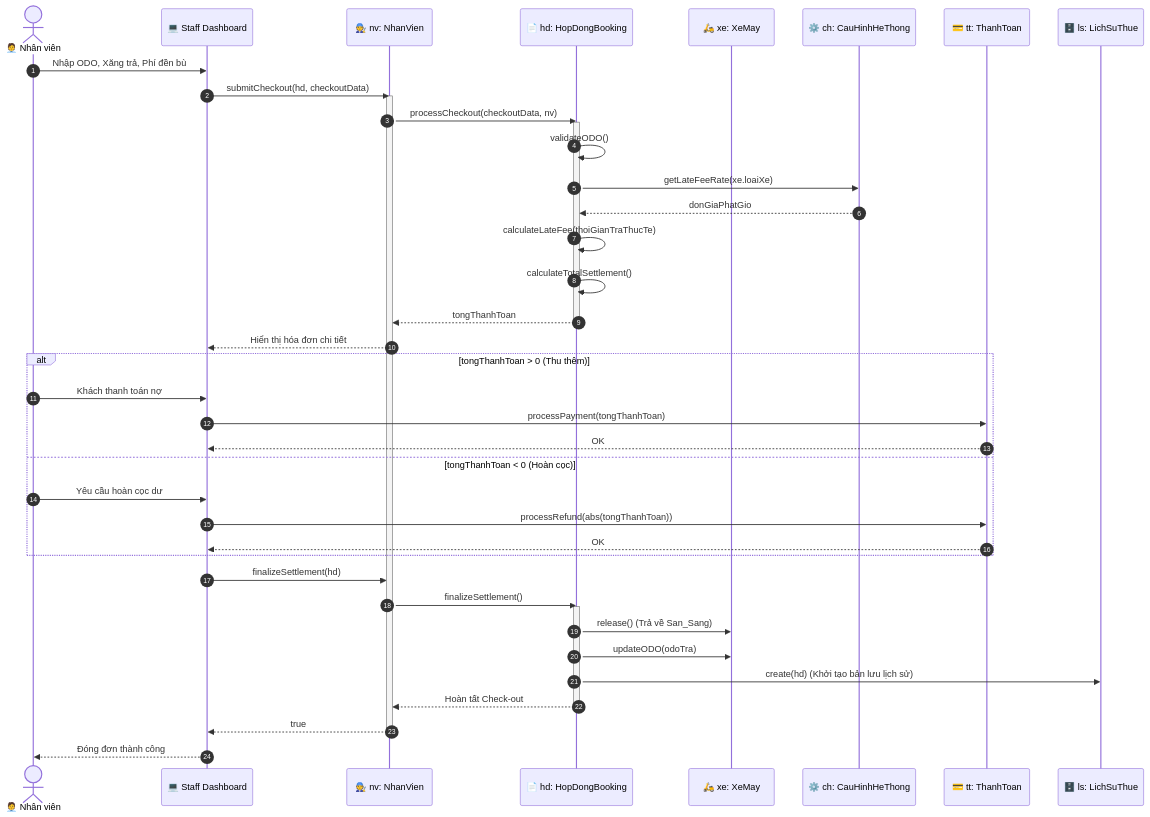
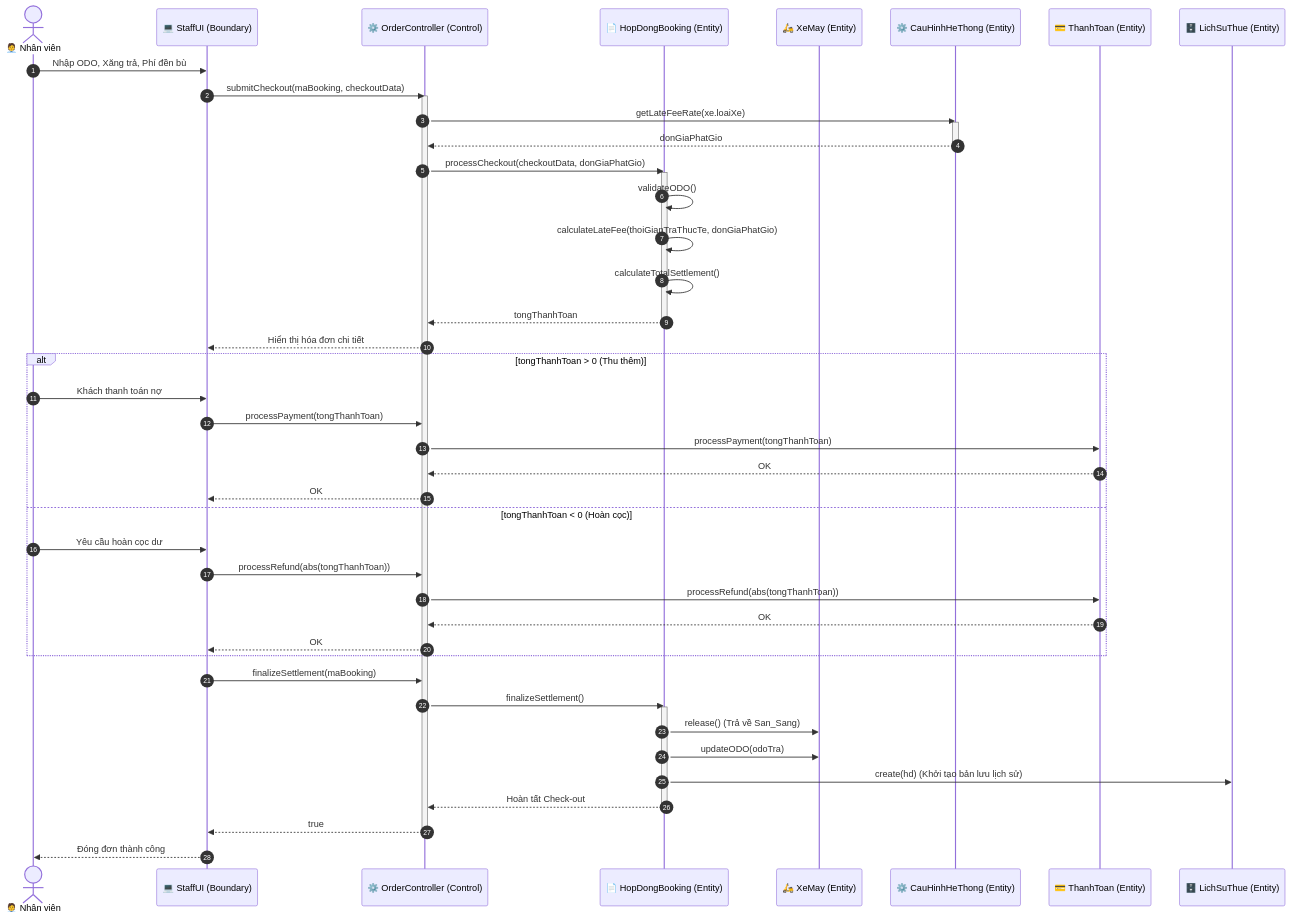
The fourth of 6 diagrams in docs/sequence-diagrams.md (Vqd2k6/SAD-UTH), drawn with Mermaid before and after one commit. The commit also changed other lines of this file and 29 other files, not shown here.

````diff
--- a/docs/sequence-diagrams.md
+++ b/docs/sequence-diagrams.md
@@ -181,56 +205,61 @@
 ```mermaid
 sequenceDiagram
     autonumber
     actor Staff as 🧑‍💼 Nhân viên
-    participant StaffUI as 💻 Staff Dashboard
-    participant NV as 🧑‍🔧 nv: NhanVien
-    participant HD as 📄 hd: HopDongBooking
-    participant XM as 🛵 xe: XeMay
-    participant CH as ⚙️ ch: CauHinhHeThong
-    participant TT as 💳 tt: ThanhToan
-    participant LS as 🗄️ ls: LichSuThue
+    participant StaffUI as 💻 StaffUI (Boundary)
+    participant OC as ⚙️ OrderController (Control)
+    participant HD as 📄 HopDongBooking (Entity)
+    participant XM as 🛵 XeMay (Entity)
+    participant CH as ⚙️ CauHinhHeThong (Entity)
+    participant TT as 💳 ThanhToan (Entity)
+    participant LS as 🗄️ LichSuThue (Entity)
 
     Staff->>StaffUI: Nhập ODO, Xăng trả, Phí đền bù
-    StaffUI->>NV: submitCheckout(hd, checkoutData)
-    activate NV
+    StaffUI->>OC: submitCheckout(maBooking, checkoutData)
+    activate OC
 
     %% === GIAO TIẾP VỚI OBJECT BOOKING ===
-    NV->>HD: processCheckout(checkoutData, nv)
+    OC->>CH: getLateFeeRate(xe.loaiXe)
+    activate CH
+    CH-->>OC: donGiaPhatGio
+    deactivate CH
+    OC->>HD: processCheckout(checkoutData, donGiaPhatGio)
     activate HD
     
     HD->>HD: validateODO()
-    HD->>CH: getLateFeeRate(xe.loaiXe)
-    CH-->>HD: donGiaPhatGio
-    
-    HD->>HD: calculateLateFee(thoiGianTraThucTe)
+    HD->>HD: calculateLateFee(thoiGianTraThucTe, donGiaPhatGio)
     HD->>HD: calculateTotalSettlement()
-    HD-->>NV: tongThanhToan
+    HD-->>OC: tongThanhToan
     deactivate HD
 
-    NV-->>StaffUI: Hiển thị hóa đơn chi tiết
+    OC-->>StaffUI: Hiển thị hóa đơn chi tiết
 
     %% === XỬ LÝ THANH TOÁN (HOÀN HOẶC THU THÊM) ===
     alt tongThanhToan > 0 (Thu thêm)
         Staff->>StaffUI: Khách thanh toán nợ
-        StaffUI->>TT: processPayment(tongThanhToan)
-        TT-->>StaffUI: OK
+        StaffUI->>OC: processPayment(tongThanhToan)
+        OC->>TT: processPayment(tongThanhToan)
+        TT-->>OC: OK
+        OC-->>StaffUI: OK
     else tongThanhToan < 0 (Hoàn cọc)
         Staff->>StaffUI: Yêu cầu hoàn cọc dư
-        StaffUI->>TT: processRefund(abs(tongThanhToan))
-        TT-->>StaffUI: OK
+        StaffUI->>OC: processRefund(abs(tongThanhToan))
+        OC->>TT: processRefund(abs(tongThanhToan))
+        TT-->>OC: OK
+        OC-->>StaffUI: OK
     end
 
     %% === CHỐT ĐƠN VÀ LƯU LỊCH SỬ ===
-    StaffUI->>NV: finalizeSettlement(hd)
-    NV->>HD: finalizeSettlement()
+    StaffUI->>OC: finalizeSettlement(maBooking)
+    OC->>HD: finalizeSettlement()
     activate HD
     HD->>XM: release() (Trả về San_Sang)
     HD->>XM: updateODO(odoTra)
     HD->>LS: create(hd) (Khởi tạo bản lưu lịch sử)
-    HD-->>NV: Hoàn tất Check-out
+    HD-->>OC: Hoàn tất Check-out
     deactivate HD
     
-    NV-->>StaffUI: true
-    deactivate NV
+    OC-->>StaffUI: true
+    deactivate OC
     StaffUI-->>Staff: Đóng đơn thành công
 ```
````
